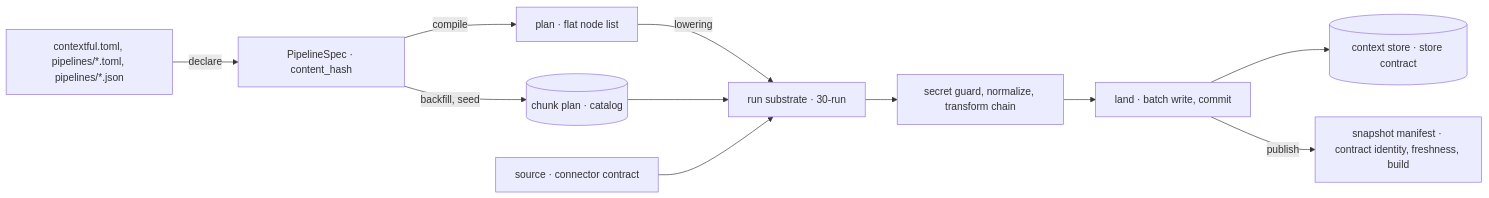
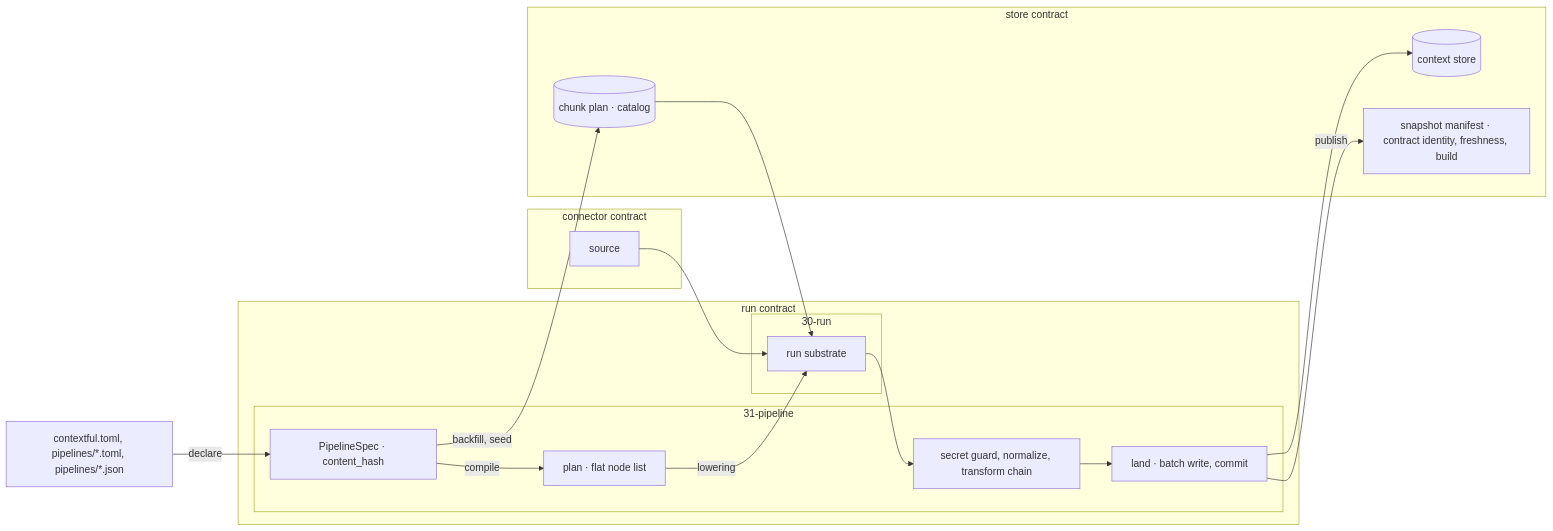
Before and after one commit to fractalboxdev/contextful: the first of 4 diagrams in spec/31-pipeline.md, drawn with Mermaid. The commit also changed other lines of this file and 33 other files, not shown here.

Commit message:
spec: diagrams draw contracts, parties and trust zones as containers; a node standing for one is refused

````diff
--- a/spec/31-pipeline.md
+++ b/spec/31-pipeline.md
@@ -23,13 +23,32 @@
 ```mermaid
 flowchart LR
-  MF["contextful.toml, pipelines/*.toml, pipelines/*.json"] -->|declare| SPEC["PipelineSpec · content_hash"]
-  SPEC -->|compile| PLAN["plan · flat node list"]
-  PLAN -->|"lowering"| RUN["run substrate · 30-run"]
-  SPEC -->|"backfill, seed"| CH[("chunk plan · catalog")]
+  MF["contextful.toml, pipelines/*.toml, pipelines/*.json"] -->|declare| SPEC
+  subgraph CONN["connector contract"]
+    SRC["source"]
+  end
+  subgraph RUNC["run contract"]
+    subgraph P31["31-pipeline"]
+      SPEC["PipelineSpec · content_hash"]
+      PLAN["plan · flat node list"]
+      ST["secret guard, normalize, transform chain"]
+      LAND["land · batch write, commit"]
+    end
+    subgraph R30["30-run"]
+      RUN["run substrate"]
+    end
+  end
+  subgraph STORE["store contract"]
+    CH[("chunk plan · catalog")]
+    CS[("context store")]
+    MAN["snapshot manifest · contract identity, freshness, build"]
+  end
+  SPEC -->|compile| PLAN
+  PLAN -->|"lowering"| RUN
+  SPEC -->|"backfill, seed"| CH
   CH --> RUN
-  SRC["source · connector contract"] --> RUN
-  RUN --> ST["secret guard, normalize, transform chain"]
-  ST --> LAND["land · batch write, commit"]
-  LAND --> STORE[("context store · store contract")]
-  LAND -->|publish| MAN["snapshot manifest · contract identity, freshness, build"]
+  SRC --> RUN
+  RUN --> ST
+  ST --> LAND
+  LAND --> CS
+  LAND -->|publish| MAN
 ```
````
